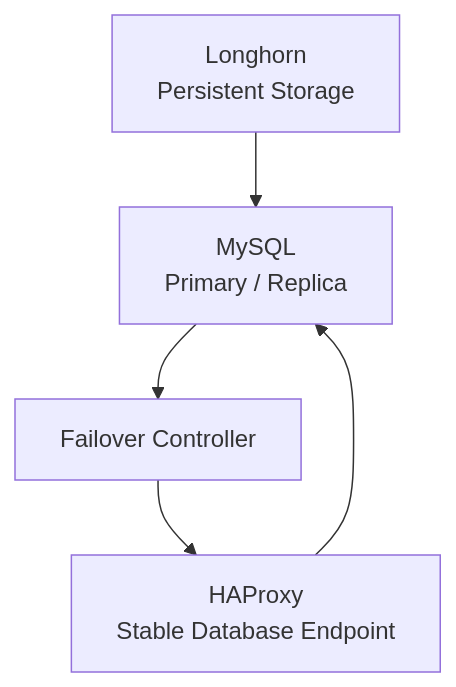
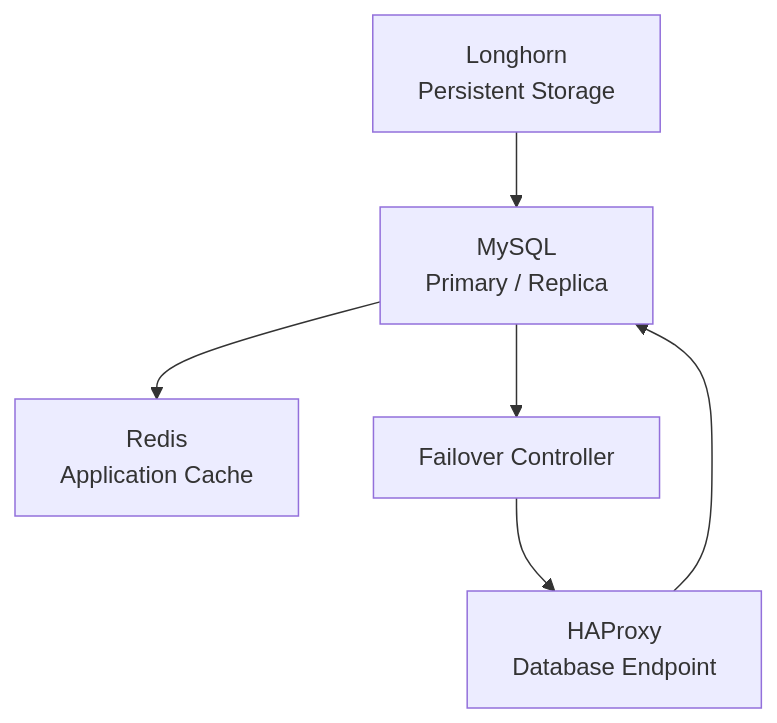
Diagram 16 of 23 in docs/05-storage/README.md (ahmed-sayed-devops/microservices-platform-gitops), drawn with Mermaid before and after one commit. The commit also changed other lines of this file, not shown here.

Commit message:
docs: document Redis caching layer

````diff
--- a/docs/05-storage/README.md
+++ b/docs/05-storage/README.md
@@ -521,15 +653,18 @@
 ```mermaid
 graph TD
     STORAGE[Longhorn<br/>Persistent Storage]
 
     MYSQL[MySQL<br/>Primary / Replica]
 
+    CACHE[Redis<br/>Application Cache]
+
     CONTROLLER[Failover Controller]
 
-    ROUTER[HAProxy<br/>Stable Database Endpoint]
+    ROUTER[HAProxy<br/>Database Endpoint]
 
     STORAGE --> MYSQL
     MYSQL --> CONTROLLER
     CONTROLLER --> ROUTER
     ROUTER --> MYSQL
+    MYSQL --> CACHE
 ```
````
